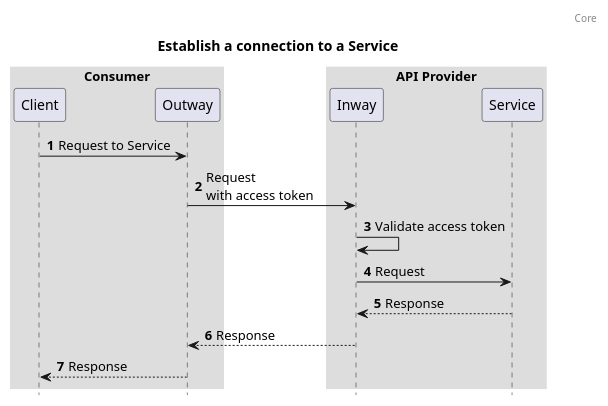
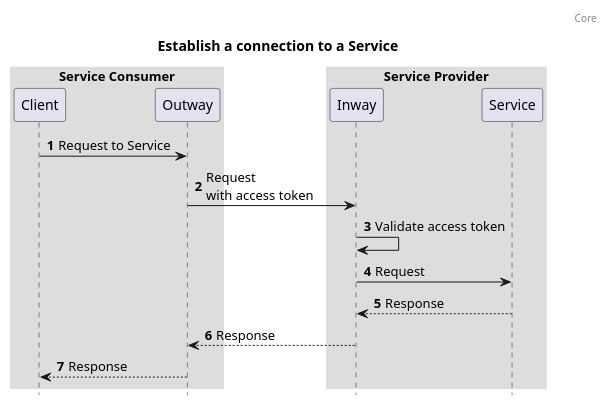
The diagram in diagrams/seq-consuming-a-service.puml (Logius-standaarden/fsc-core), drawn with PlantUML before and after one commit. The commit also changed 2 other files, not shown here.

Commit message:
core: add a description for step in the sequence diagram
Issue: fsc-nlx#163

```diff
--- a/diagrams/seq-consuming-a-service.puml
+++ b/diagrams/seq-consuming-a-service.puml
@@ -1,29 +1,29 @@
 @startuml
 
 autonumber
 header: Core
 title: Establish a connection to a Service
 
 skinparam sequenceBoxBorderColor #transparent
 skinparam boxPadding 50
 hide footbox
 
-box "Consumer"
-    participant "Client" as clientConsumer
-    participant "Outway" as outwayConsumer
+box "Service Consumer"
+    participant "Client" as clientServiceConsumer
+    participant "Outway" as outwayServiceConsumer
 end box
 
-box "API Provider"
-    participant "Inway" as inwayAPIProvider
-    participant "Service" as serviceAPIProvider
+box "Service Provider"
+    participant "Inway" as inwayServiceProvider
+    participant "Service" as serviceServiceProvider
 end box
 
-clientConsumer -> outwayConsumer: Request to Service
-outwayConsumer -> inwayAPIProvider: Request\nwith access token
-inwayAPIProvider -> inwayAPIProvider: Validate access token
-inwayAPIProvider -> serviceAPIProvider: Request
+clientServiceConsumer -> outwayServiceConsumer: Request to Service
+outwayServiceConsumer -> inwayServiceProvider: Request\nwith access token
+inwayServiceProvider -> inwayServiceProvider: Validate access token
+inwayServiceProvider -> serviceServiceProvider: Request
 return Response
-inwayAPIProvider --> outwayConsumer: Response
-outwayConsumer --> clientConsumer: Response
+inwayServiceProvider --> outwayServiceConsumer: Response
+outwayServiceConsumer --> clientServiceConsumer: Response
 
 @enduml
```
